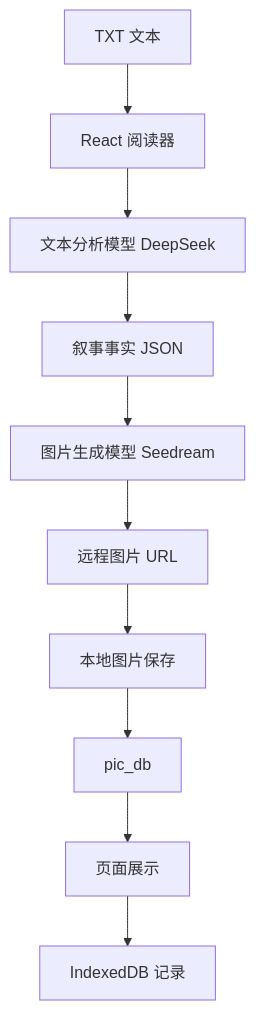
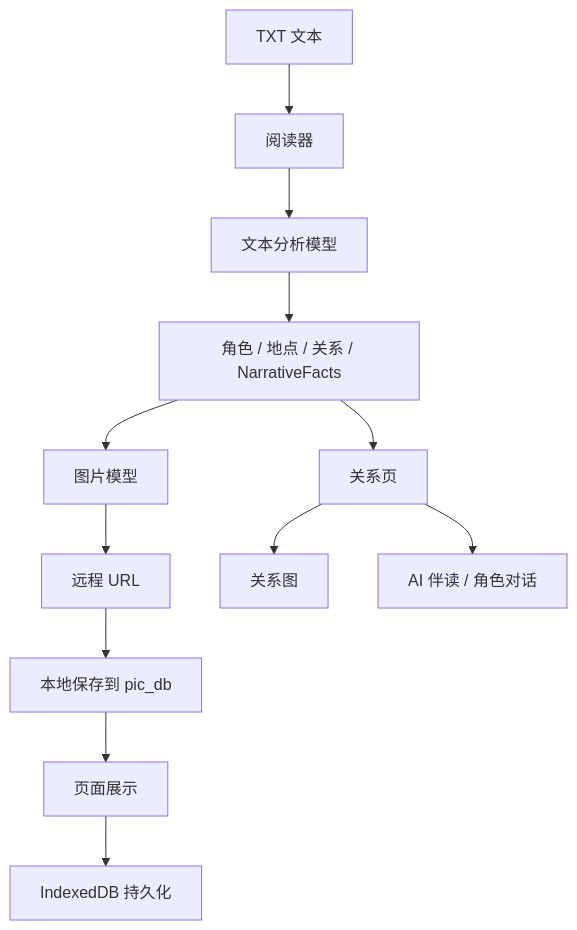
Before and after one commit to Colawz/Pic_reading: the diagram in docs/技术研究报告.md, drawn with Mermaid. The commit also changed other lines of this file and 21 other files, not shown here.

````diff
--- a/docs/技术研究报告.md
+++ b/docs/技术研究报告.md
@@ -46,12 +30,14 @@
 ```mermaid
 graph TD
-    A[TXT 文本] --> B[React 阅读器]
-    B --> C[文本分析模型 DeepSeek]
-    C --> D[叙事事实 JSON]
-    D --> E[图片生成模型 Seedream]
-    E --> F[远程图片 URL]
-    F --> G[本地图片保存]
-    G --> H[pic_db]
-    H --> I[页面展示]
-    I --> J[IndexedDB 记录]
+    A[TXT 文本] --> B[阅读器]
+    B --> C[文本分析模型]
+    C --> D[角色 / 地点 / 关系 / NarrativeFacts]
+    D --> E[图片模型]
+    E --> F[远程 URL]
+    F --> G[本地保存到 pic_db]
+    G --> H[页面展示]
+    H --> I[IndexedDB 持久化]
+    D --> J[关系页]
+    J --> K[关系图]
+    J --> L[AI 伴读 / 角色对话]
 ```
````
